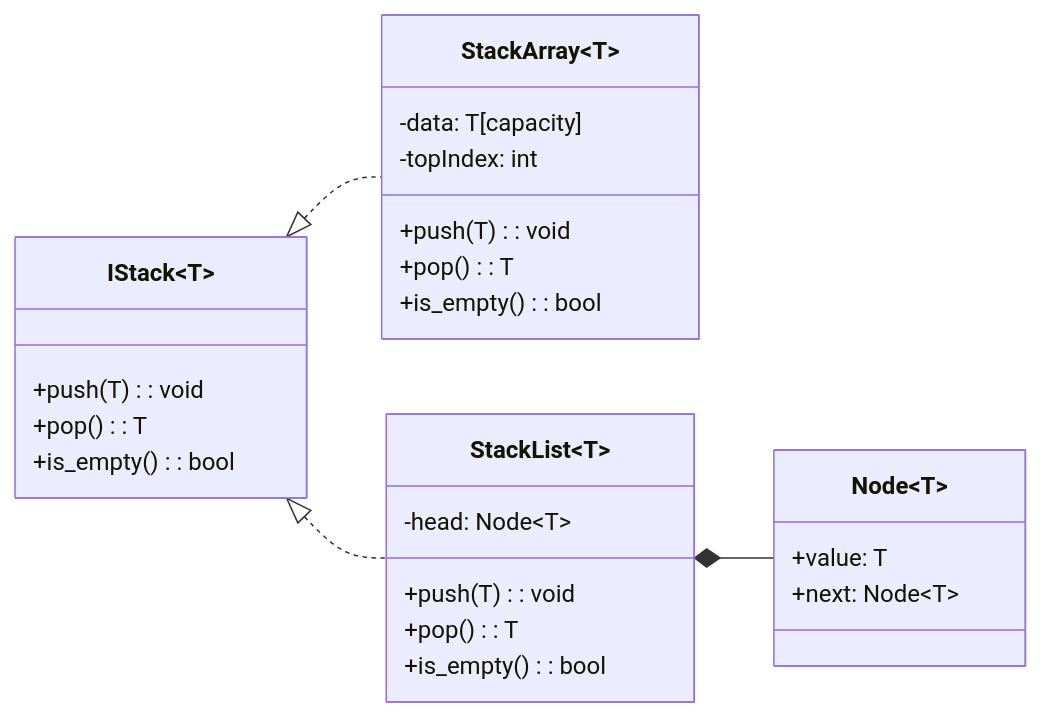
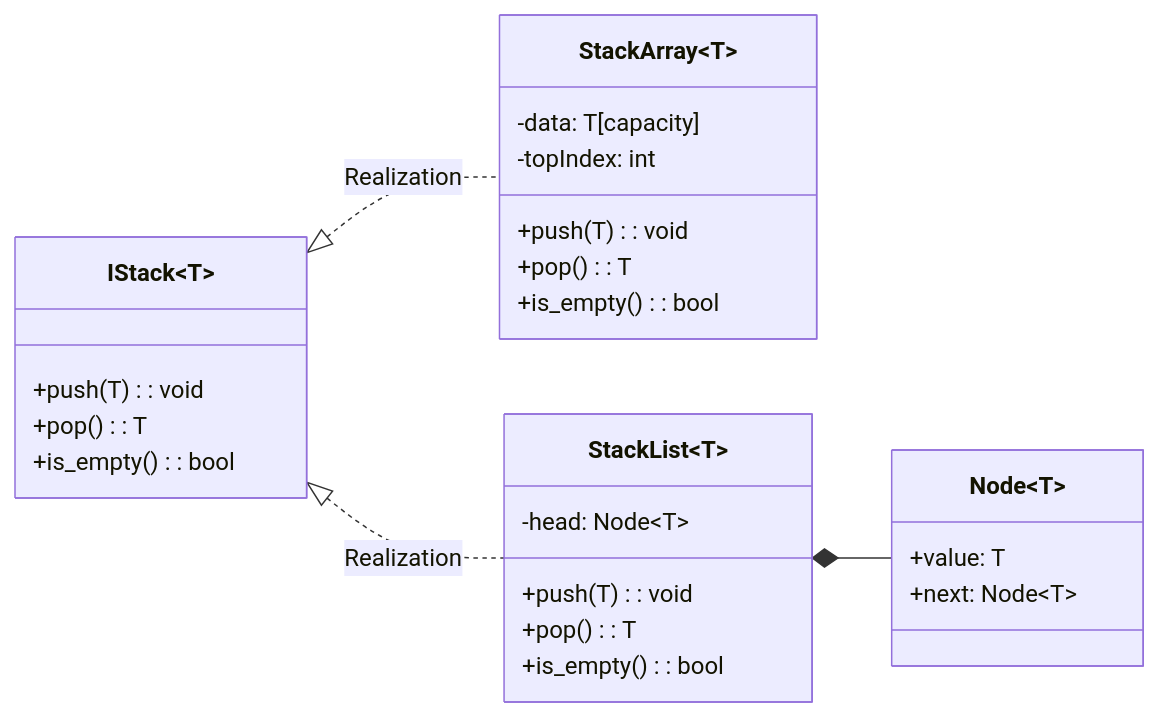
One commit to damiandrzewicz/moderndev-blog changed the second of 3 diagrams in src/courses/001-back-to-basics/003-core-data-structures/001-abstract-data-types.md. Above: the diagram before and after it, drawn with Mermaid. The commit also changed other lines of this file and 5 other files, not shown here.

````diff
--- a/src/courses/001-back-to-basics/003-core-data-structures/001-abstract-data-types.md
+++ b/src/courses/001-back-to-basics/003-core-data-structures/001-abstract-data-types.md
@@ -142,33 +143,33 @@
 ```mermaid
 classDiagram
     direction LR
     class IStack~T~ {
       +push(T): void
       +pop(): T
       +is_empty(): bool
     }
 
     class StackArray~T~ {
       -data: T[capacity]
       -topIndex: int
       +push(T): void
       +pop(): T
       +is_empty(): bool
     }
 
     class StackList~T~ {
       -head: Node~T~
       +push(T): void
       +pop(): T
       +is_empty(): bool
     }
 
     class Node~T~ {
       +value: T
       +next: Node~T~
     }
 
-    IStack <|.. StackArray
-    IStack <|.. StackList
+    IStack <|.. StackArray : Realization
+    IStack <|.. StackList : Realization
     StackList *-- Node
 ```
````
